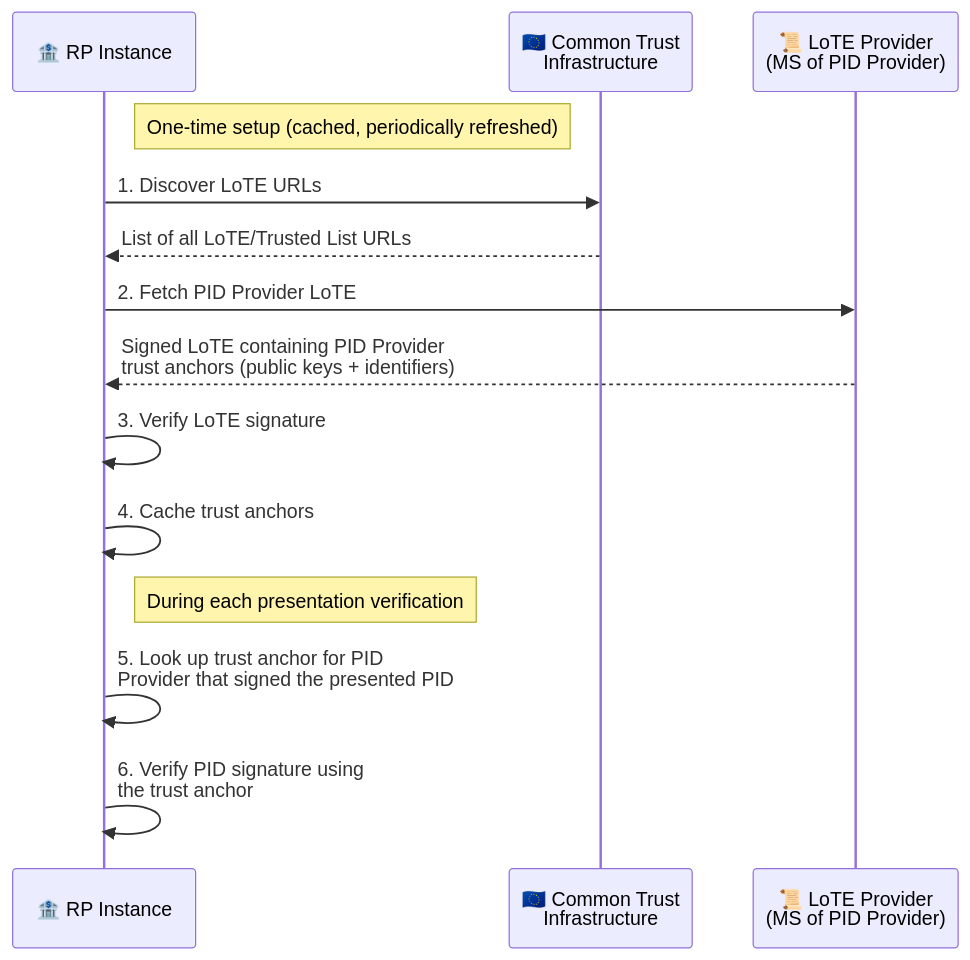
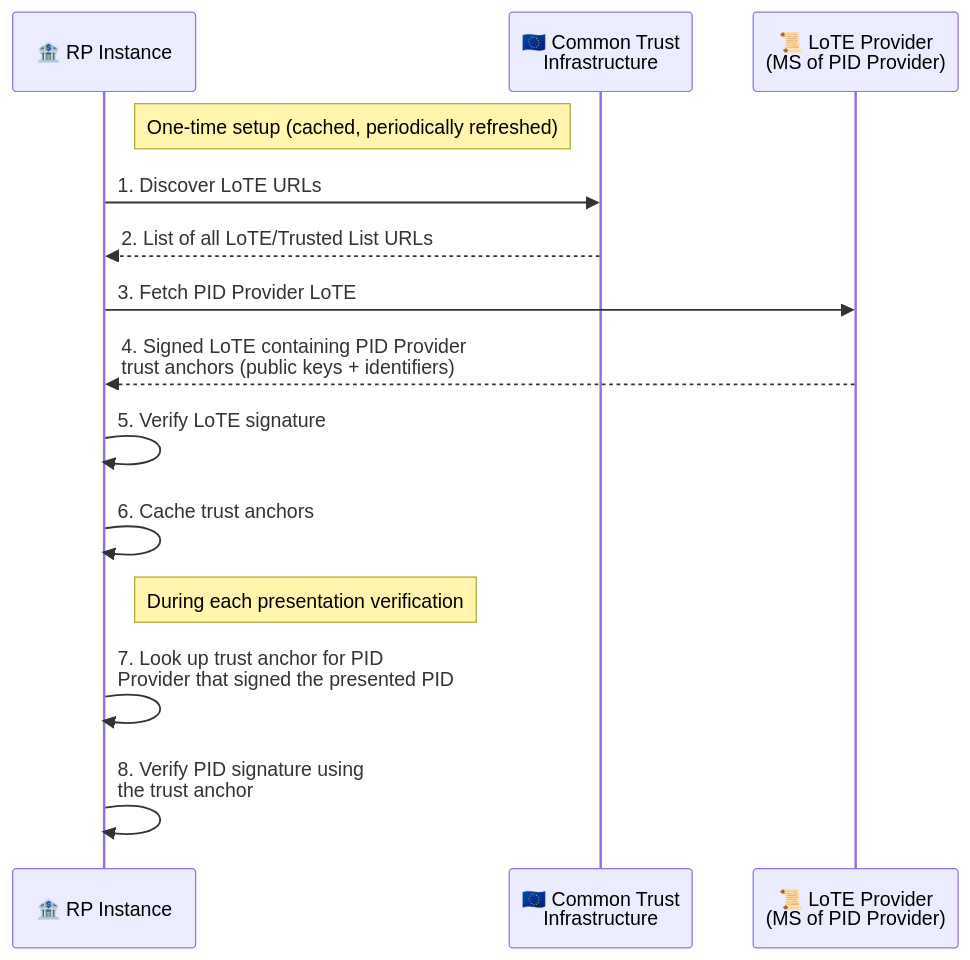
One commit to ivanstambuk/deep-research changed the tenth of 28 diagrams in papers/DR-0002/DR-0002-eudi-wallet-relying-party-integration.md. Above: the diagram before and after it, drawn with Mermaid. The commit also changed other lines of this file, not shown here.

Commit message:
docs(DR-0002): enhance timelines, add ARF/STS hyperlinks

````diff
--- a/papers/DR-0002/DR-0002-eudi-wallet-relying-party-integration.md
+++ b/papers/DR-0002/DR-0002-eudi-wallet-relying-party-integration.md
@@ -1336,28 +1452,28 @@
 ```mermaid
 ---
 config:
   sequence:
     messageAlign: left
     noteAlign: left
 ---
 sequenceDiagram
     participant RPI as 🏦 RP Instance
     participant CTI as 🇪🇺 Common Trust<br/>Infrastructure
     participant LOTE as 📜 LoTE Provider<br/>(MS of PID Provider)
 
     Note right of RPI: One-time setup (cached, periodically refreshed)
     
     RPI->>CTI: 1. Discover LoTE URLs
-    CTI-->>RPI: List of all LoTE/Trusted List URLs
+    CTI-->>RPI: 2. List of all LoTE/Trusted List URLs
     
-    RPI->>LOTE: 2. Fetch PID Provider LoTE
-    LOTE-->>RPI: Signed LoTE containing PID Provider<br/>trust anchors (public keys + identifiers)
+    RPI->>LOTE: 3. Fetch PID Provider LoTE
+    LOTE-->>RPI: 4. Signed LoTE containing PID Provider<br/>trust anchors (public keys + identifiers)
     
-    RPI->>RPI: 3. Verify LoTE signature
-    RPI->>RPI: 4. Cache trust anchors
+    RPI->>RPI: 5. Verify LoTE signature
+    RPI->>RPI: 6. Cache trust anchors
 
     Note right of RPI: During each presentation verification
     
-    RPI->>RPI: 5. Look up trust anchor for PID<br/>Provider that signed the presented PID
-    RPI->>RPI: 6. Verify PID signature using<br/>the trust anchor
+    RPI->>RPI: 7. Look up trust anchor for PID<br/>Provider that signed the presented PID
+    RPI->>RPI: 8. Verify PID signature using<br/>the trust anchor
 ```
````
